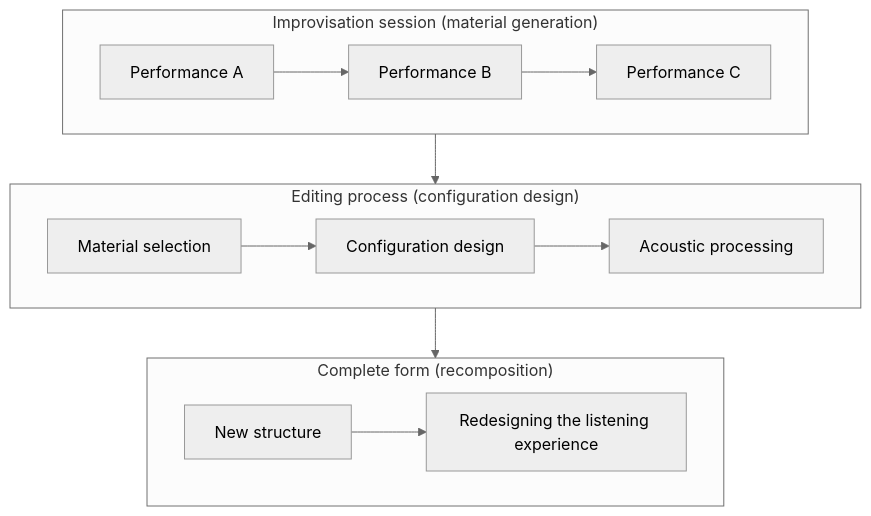
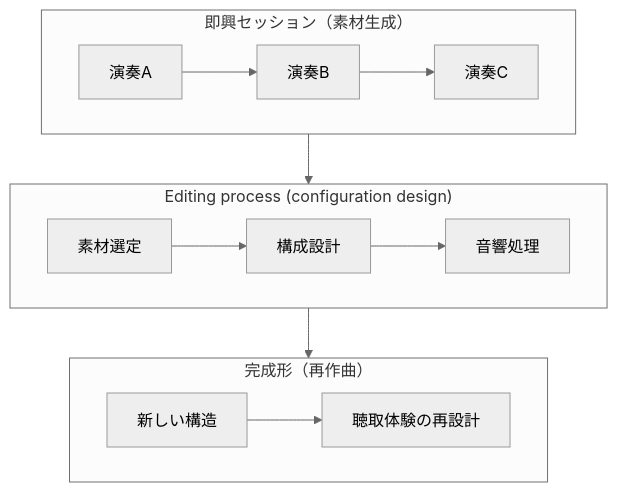
Before and after one commit to monumental-movement/monumental-movement.github.io: the sixth of 12 diagrams in en/_posts/2025-10-28-column-macero-miles.md, drawn with Mermaid (neutral theme). The commit also changed other lines of this file and 2196 other files, not shown here.

```diff
--- a/en/_posts/2025-10-28-column-macero-miles.md
+++ b/en/_posts/2025-10-28-column-macero-miles.md
@@ -288,15 +288,15 @@
 <div class="mermaid">
 
 graph TD
-    subgraph Improvisation["Improvisation session (material generation)"]
-        A1["Performance A"] --> A2["Performance B"] --> A3["Performance C"]
+    subgraph Improvisation["即興セッション（素材生成）"]
+        A1["演奏A"] --> A2["演奏B"] --> A3["演奏C"]
     end
     subgraph Editing["Editing process (configuration design)"]
-        B1["Material selection"] --> B2["Configuration design"] --> B3["Acoustic processing"]
+        B1["素材選定"] --> B2["構成設計"] --> B3["音響処理"]
     end
-    subgraph Composition["Complete form (recomposition)"]
-        C1["New structure"] --> C2["Redesigning the listening experience"]
+    subgraph Composition["完成形（再作曲）"]
+        C1["新しい構造"] --> C2["聴取体験の再設計"]
     end
     Improvisation --> Editing --> Composition
 
 </div>
```
